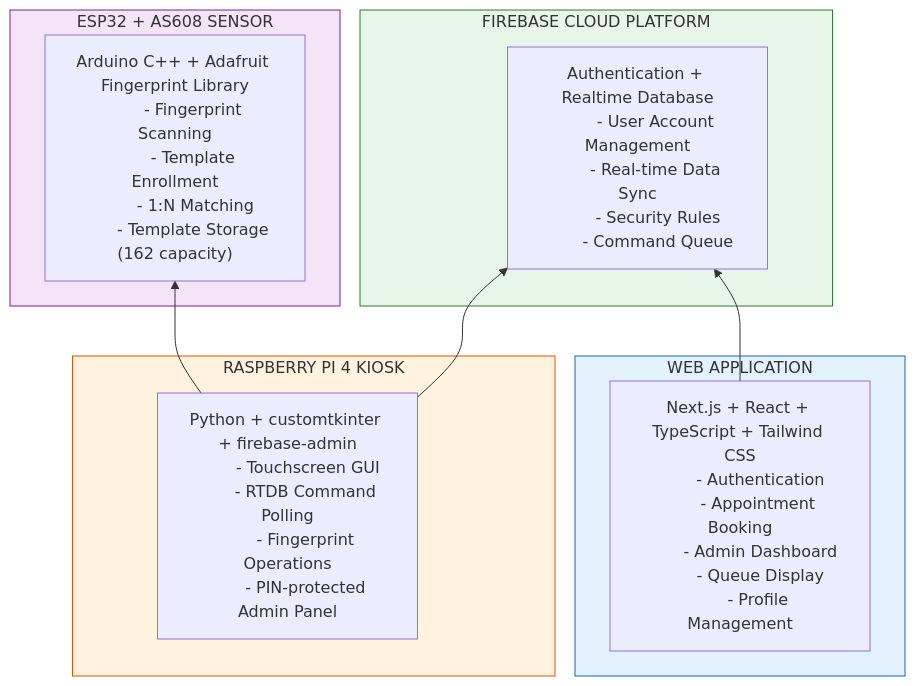
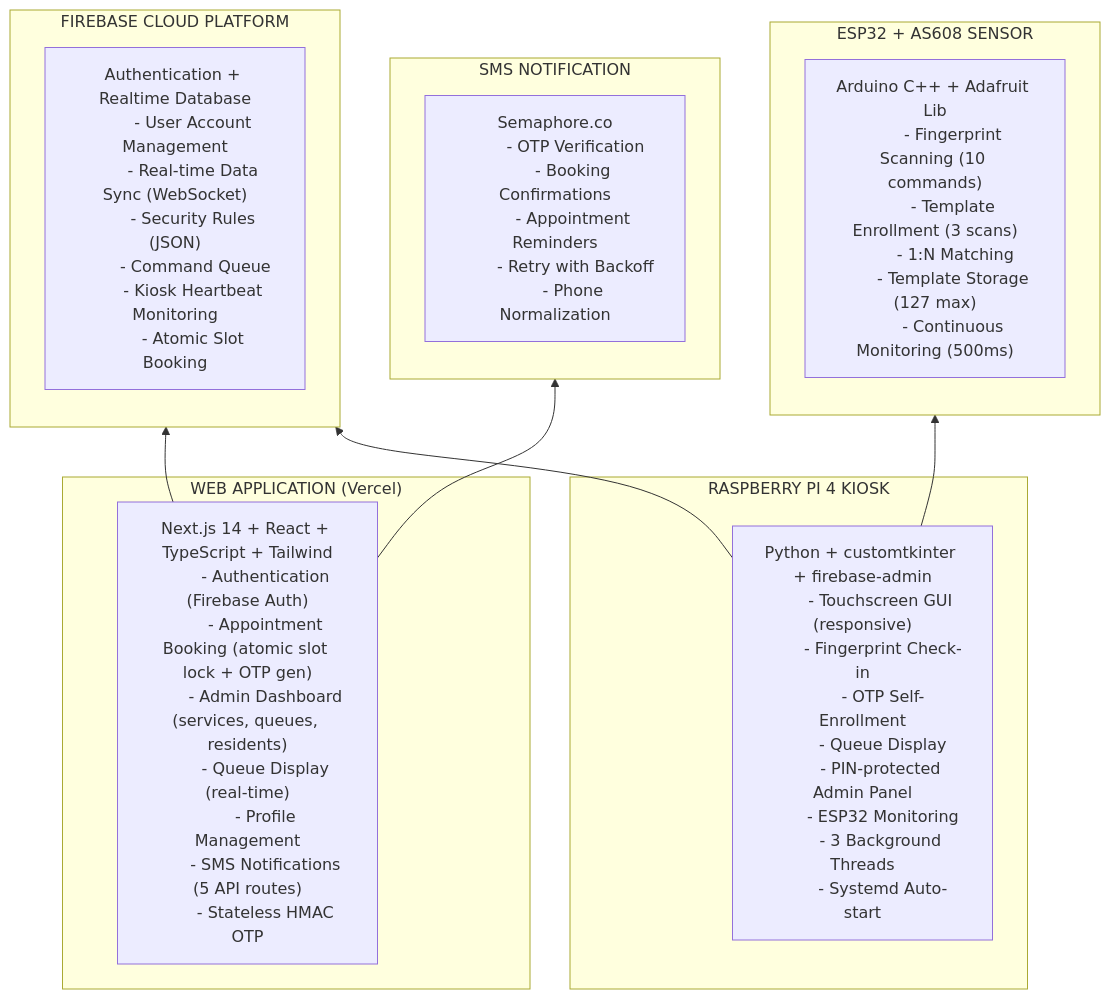
The second of 2 diagrams in docs/components.md (qppd/smart-appointment-scheduling-kiosk), drawn with Mermaid before and after one commit. The commit also changed other lines of this file and 62 other files, not shown here.

````diff
--- a/docs/components.md
+++ b/docs/components.md
@@ -400,44 +337,58 @@
 ```mermaid
 graph BT
-    subgraph Web["WEB APPLICATION"]
-        W["Next.js + React + TypeScript + Tailwind CSS
-        - Authentication
-        - Appointment Booking
-        - Admin Dashboard
-        - Queue Display
-        - Profile Management"]
+    subgraph Web["WEB APPLICATION (Vercel)"]
+        W["Next.js 14 + React + TypeScript + Tailwind
+        - Authentication (Firebase Auth)
+        - Appointment Booking (atomic slot lock + OTP gen)
+        - Admin Dashboard (services, queues, residents)
+        - Queue Display (real-time)
+        - Profile Management
+        - SMS Notifications (5 API routes)
+        - Stateless HMAC OTP"]
     end
 
     subgraph Firebase["FIREBASE CLOUD PLATFORM"]
         F["Authentication + Realtime Database
         - User Account Management
-        - Real-time Data Sync
-        - Security Rules
-        - Command Queue"]
+        - Real-time Data Sync (WebSocket)
+        - Security Rules (JSON)
+        - Command Queue
+        - Kiosk Heartbeat Monitoring
+        - Atomic Slot Booking"]
     end
 
     subgraph Kiosk["RASPBERRY PI 4 KIOSK"]
         K["Python + customtkinter + firebase-admin
-        - Touchscreen GUI
-        - RTDB Command Polling
-        - Fingerprint Operations
-        - PIN-protected Admin Panel"]
+        - Touchscreen GUI (responsive)
+        - Fingerprint Check-in
+        - OTP Self-Enrollment
+        - Queue Display
+        - PIN-protected Admin Panel
+        - ESP32 Monitoring
+        - 3 Background Threads
+        - Systemd Auto-start"]
     end
 
     subgraph HW["ESP32 + AS608 SENSOR"]
-        H["Arduino C++ + Adafruit Fingerprint Library
-        - Fingerprint Scanning
-        - Template Enrollment
+        H["Arduino C++ + Adafruit Lib
+        - Fingerprint Scanning (10 commands)
+        - Template Enrollment (3 scans)
         - 1:N Matching
-        - Template Storage (162 capacity)"]
+        - Template Storage (127 max)
+        - Continuous Monitoring (500ms)"]
     end
 
-    W --> F
-    K --> F
-    K --> H
+    subgraph SMS["SMS NOTIFICATION"]
+        S["Semaphore.co
+        - OTP Verification
+        - Booking Confirmations
+        - Appointment Reminders
+        - Retry with Backoff
+        - Phone Normalization"]
+    end
 
-    style Web fill:#e3f2fd,stroke:#1565c0
-    style Firebase fill:#e8f5e9,stroke:#2e7d32
-    style Kiosk fill:#fff3e0,stroke:#e65100
-    style HW fill:#f3e5f5,stroke:#7b1fa2
+    W --> Firebase
+    K --> Firebase
+    K --> HW
+    W --> SMS
 ```
````
